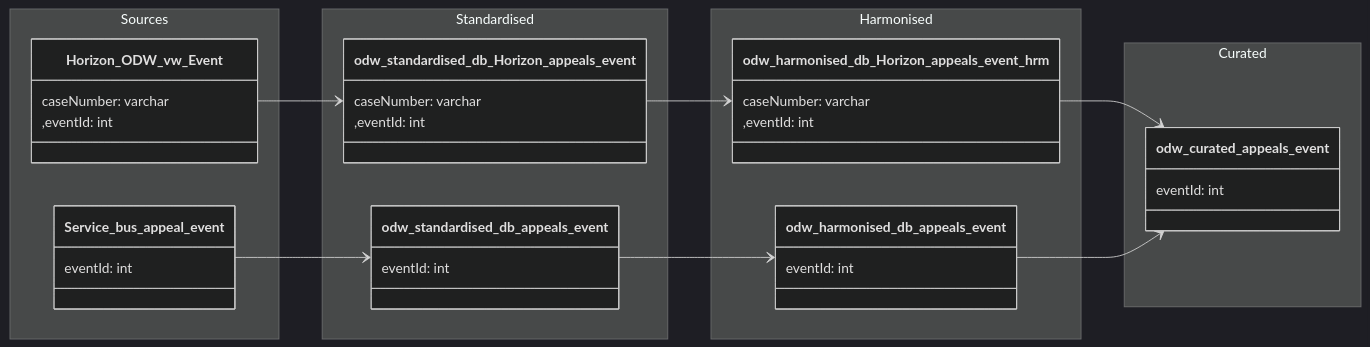
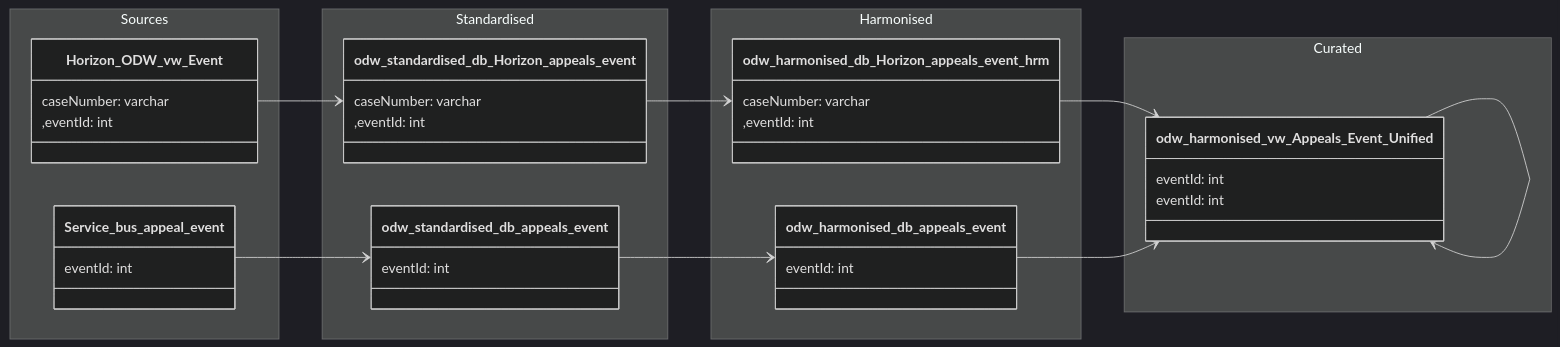
Before and after one commit to Planning-Inspectorate/ODW-Service: the diagram in data-models/appeal-event.md, drawn with Mermaid (dark theme).

````diff
--- a/data-models/appeal-event.md
+++ b/data-models/appeal-event.md
@@ -7,61 +7,66 @@
 ```mermaid
 
 classDiagram
 
     direction LR
 
     namespace Sources {
 
         class Horizon_ODW_vw_Event {
             caseNumber: varchar
             ,eventId: int
         }
 
         class Service_bus_appeal_event  {
             eventId: int
         }
     }
 
     namespace Standardised {
 
         class odw_standardised_db_Horizon_appeals_event {
             caseNumber: varchar
             ,eventId: int
         }
 
         class odw_standardised_db_appeals_event  {
             eventId: int
         }
     }
 
     namespace Harmonised {
 
         class odw_harmonised_db_Horizon_appeals_event_hrm {
             caseNumber: varchar
             ,eventId: int
         }
 
         class odw_harmonised_db_appeals_event  {
             eventId: int
         }
+
+        class odw_harmonised_vw_Appeals_Event_Unified  {
+            eventId: int
+        }
     }
 
     namespace Curated {
 
-        class odw_curated_appeals_event {
+        class odw_harmonised_vw_Appeals_Event_Unified {
             eventId: int
         }
     }
 
 `Horizon_ODW_vw_Event` --> `odw_standardised_db_Horizon_appeals_event`
 `Service_bus_appeal_event` --> `odw_standardised_db_appeals_event`
 
 `odw_standardised_db_Horizon_appeals_event` --> `odw_harmonised_db_Horizon_appeals_event_hrm` 
 `odw_standardised_db_appeals_event` --> `odw_harmonised_db_appeals_event`
 
 
 
-`odw_harmonised_db_Horizon_appeals_event_hrm` --> `odw_curated_appeals_event`
-`odw_harmonised_db_appeals_event` --> `odw_curated_appeals_event`
+`odw_harmonised_db_Horizon_appeals_event_hrm` --> `odw_harmonised_vw_Appeals_Event_Unified`
+`odw_harmonised_db_appeals_event` --> `odw_harmonised_vw_Appeals_Event_Unified`
+`odw_harmonised_vw_Appeals_Event_Unified` --> `odw_harmonised_vw_Appeals_Event_Unified`
 
 ```
````
